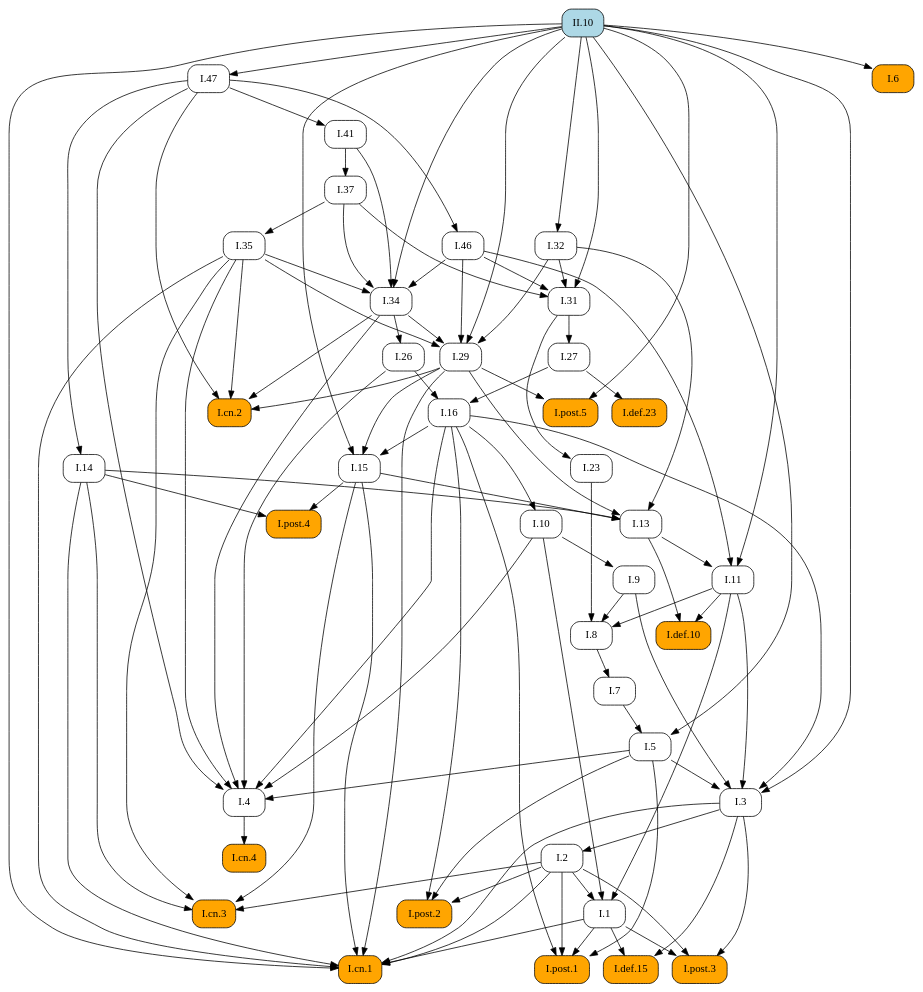
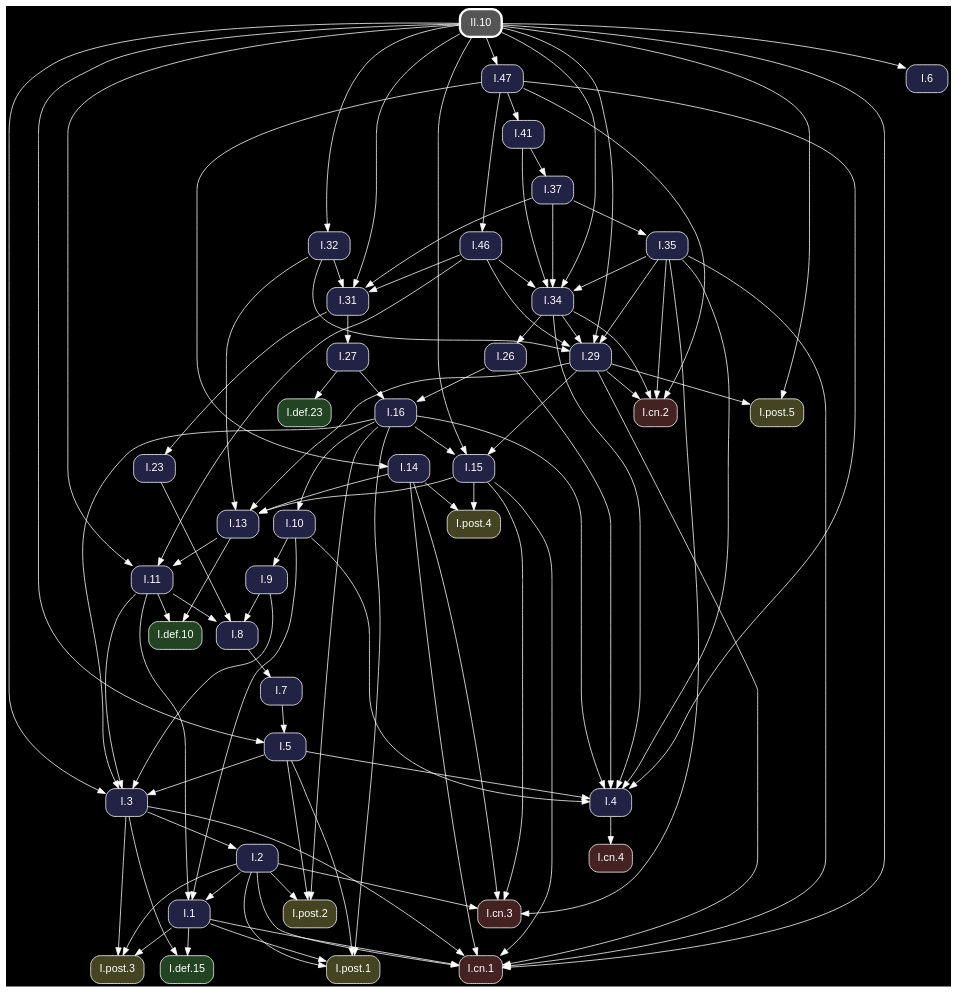
One commit to geometor/elements changed the diagram in docsrc/heath/II/10/index.rst. Above: the diagram before and after it, drawn with Graphviz. The commit also changed other lines of this file and 1200 other files, not shown here.

Commit message:
update dependency graphs

```diff
--- a/docsrc/heath/II/10/index.rst
+++ b/docsrc/heath/II/10/index.rst
@@ -120,80 +120,61 @@
 .. graphviz::
 
    digraph {
+     bgcolor="black";
+     node [shape=box, style="rounded,filled", fontname="Helvetica", color="white", fontcolor="white"];
+     edge [color="white", fontcolor="white"];
      rankdir="TB";
-     node [shape=box, style=rounded];
-     "I.23" [URL="/heath/I/23/", target="_top"];
-     "I.9" [URL="/heath/I/9/", target="_top"];
-     "I.32" [URL="/heath/I/32/", target="_top"];
-     "I.def.15" [style="rounded,filled", fillcolor=orange, URL="/heath/I/def.15/", target="_top"];
-     "I.47" [URL="/heath/I/47/", target="_top"];
-     "I.post.3" [style="rounded,filled", fillcolor=orange, URL="/heath/I/post.3/", target="_top"];
-     "I.post.1" [style="rounded,filled", fillcolor=orange, URL="/heath/I/post.1/", target="_top"];
-     "I.31" [URL="/heath/I/31/", target="_top"];
-     "I.def.10" [style="rounded,filled", fillcolor=orange, URL="/heath/I/def.10/", target="_top"];
-     "I.27" [URL="/heath/I/27/", target="_top"];
-     "I.14" [URL="/heath/I/14/", target="_top"];
-     "I.34" [URL="/heath/I/34/", target="_top"];
-     "I.3" [URL="/heath/I/3/", target="_top"];
-     "I.35" [URL="/heath/I/35/", target="_top"];
-     "I.cn.1" [style="rounded,filled", fillcolor=orange, URL="/heath/I/cn.1/", target="_top"];
-     "I.7" [URL="/heath/I/7/", target="_top"];
-     "I.2" [URL="/heath/I/2/", target="_top"];
-     "I.13" [URL="/heath/I/13/", target="_top"];
-     "I.post.4" [style="rounded,filled", fillcolor=orange, URL="/heath/I/post.4/", target="_top"];
-     "I.4" [URL="/heath/I/4/", target="_top"];
-     "I.1" [URL="/heath/I/1/", target="_top"];
-     "I.5" [URL="/heath/I/5/", target="_top"];
-     "II.10" [style="rounded,filled", fillcolor=lightblue, URL="/heath/II/10/", target="_top"];
-     "I.8" [URL="/heath/I/8/", target="_top"];
-     "I.37" [URL="/heath/I/37/", target="_top"];
-     "I.cn.3" [style="rounded,filled", fillcolor=orange, URL="/heath/I/cn.3/", target="_top"];
-     "I.29" [URL="/heath/I/29/", target="_top"];
-     "I.16" [URL="/heath/I/16/", target="_top"];
-     "I.15" [URL="/heath/I/15/", target="_top"];
-     "I.10" [URL="/heath/I/10/", target="_top"];
-     "I.11" [URL="/heath/I/11/", target="_top"];
-     "I.def.23" [style="rounded,filled", fillcolor=orange, URL="/heath/I/def.23/", target="_top"];
-     "I.cn.2" [style="rounded,filled", fillcolor=orange, URL="/heath/I/cn.2/", target="_top"];
-     "I.post.5" [style="rounded,filled", fillcolor=orange, URL="/heath/I/post.5/", target="_top"];
-     "I.cn.4" [style="rounded,filled", fillcolor=orange, URL="/heath/I/cn.4/", target="_top"];
-     "I.41" [URL="/heath/I/41/", target="_top"];
-     "I.post.2" [style="rounded,filled", fillcolor=orange, URL="/heath/I/post.2/", target="_top"];
-     "I.46" [URL="/heath/I/46/", target="_top"];
-     "I.26" [URL="/heath/I/26/", target="_top"];
-     "I.6" [style="rounded,filled", fillcolor=orange, URL="/heath/I/6/", target="_top"];
-     "I.31" -> "I.23";
-     "I.10" -> "I.9";
-     "II.10" -> "I.32";
-     "I.1" -> "I.def.15";
-     "I.3" -> "I.def.15";
-     "II.10" -> "I.47";
-     "I.1" -> "I.post.3";
-     "I.2" -> "I.post.3";
-     "I.3" -> "I.post.3";
-     "I.1" -> "I.post.1";
-     "I.2" -> "I.post.1";
-     "I.5" -> "I.post.1";
-     "I.16" -> "I.post.1";
+     "I.31" [fillcolor="#222244", URL="/heath/I/31/", target="_top"];
+     "I.6" [fillcolor="#222244", URL="/heath/I/6/", target="_top"];
+     "I.3" [fillcolor="#222244", URL="/heath/I/3/", target="_top"];
+     "I.32" [fillcolor="#222244", URL="/heath/I/32/", target="_top"];
+     "I.cn.1" [fillcolor="#442222", URL="/heath/I/cn.1/", target="_top"];
+     "I.def.10" [fillcolor="#224422", URL="/heath/I/def.10/", target="_top"];
+     "I.15" [fillcolor="#222244", URL="/heath/I/15/", target="_top"];
+     "I.13" [fillcolor="#222244", URL="/heath/I/13/", target="_top"];
+     "I.27" [fillcolor="#222244", URL="/heath/I/27/", target="_top"];
+     "I.2" [fillcolor="#222244", URL="/heath/I/2/", target="_top"];
+     "I.41" [fillcolor="#222244", URL="/heath/I/41/", target="_top"];
+     "I.cn.2" [fillcolor="#442222", URL="/heath/I/cn.2/", target="_top"];
+     "I.9" [fillcolor="#222244", URL="/heath/I/9/", target="_top"];
+     "I.1" [fillcolor="#222244", URL="/heath/I/1/", target="_top"];
+     "I.post.5" [fillcolor="#444422", URL="/heath/I/post.5/", target="_top"];
+     "I.post.4" [fillcolor="#444422", URL="/heath/I/post.4/", target="_top"];
+     "I.23" [fillcolor="#222244", URL="/heath/I/23/", target="_top"];
+     "II.10" [penwidth=3, color="white", fillcolor="#555555", URL="/heath/II/10/", target="_top"];
+     "I.26" [fillcolor="#222244", URL="/heath/I/26/", target="_top"];
+     "I.8" [fillcolor="#222244", URL="/heath/I/8/", target="_top"];
+     "I.4" [fillcolor="#222244", URL="/heath/I/4/", target="_top"];
+     "I.7" [fillcolor="#222244", URL="/heath/I/7/", target="_top"];
+     "I.5" [fillcolor="#222244", URL="/heath/I/5/", target="_top"];
+     "I.10" [fillcolor="#222244", URL="/heath/I/10/", target="_top"];
+     "I.46" [fillcolor="#222244", URL="/heath/I/46/", target="_top"];
+     "I.post.1" [fillcolor="#444422", URL="/heath/I/post.1/", target="_top"];
+     "I.11" [fillcolor="#222244", URL="/heath/I/11/", target="_top"];
+     "I.16" [fillcolor="#222244", URL="/heath/I/16/", target="_top"];
+     "I.37" [fillcolor="#222244", URL="/heath/I/37/", target="_top"];
+     "I.cn.3" [fillcolor="#442222", URL="/heath/I/cn.3/", target="_top"];
+     "I.29" [fillcolor="#222244", URL="/heath/I/29/", target="_top"];
+     "I.post.2" [fillcolor="#444422", URL="/heath/I/post.2/", target="_top"];
+     "I.cn.4" [fillcolor="#442222", URL="/heath/I/cn.4/", target="_top"];
+     "I.47" [fillcolor="#222244", URL="/heath/I/47/", target="_top"];
+     "I.14" [fillcolor="#222244", URL="/heath/I/14/", target="_top"];
+     "I.def.23" [fillcolor="#224422", URL="/heath/I/def.23/", target="_top"];
+     "I.35" [fillcolor="#222244", URL="/heath/I/35/", target="_top"];
+     "I.post.3" [fillcolor="#444422", URL="/heath/I/post.3/", target="_top"];
+     "I.34" [fillcolor="#222244", URL="/heath/I/34/", target="_top"];
+     "I.def.15" [fillcolor="#224422", URL="/heath/I/def.15/", target="_top"];
      "I.32" -> "I.31";
      "I.37" -> "I.31";
      "I.46" -> "I.31";
      "II.10" -> "I.31";
-     "I.11" -> "I.def.10";
-     "I.13" -> "I.def.10";
-     "I.31" -> "I.27";
-     "I.47" -> "I.14";
-     "I.35" -> "I.34";
-     "I.37" -> "I.34";
-     "I.41" -> "I.34";
-     "I.46" -> "I.34";
-     "II.10" -> "I.34";
+     "II.10" -> "I.6";
      "I.5" -> "I.3";
      "I.9" -> "I.3";
      "I.11" -> "I.3";
      "I.16" -> "I.3";
      "II.10" -> "I.3";
-     "I.37" -> "I.35";
+     "II.10" -> "I.32";
      "I.1" -> "I.cn.1";
      "I.2" -> "I.cn.1";
      "I.3" -> "I.cn.1";
@@ -202,14 +183,35 @@
      "I.29" -> "I.cn.1";
      "I.35" -> "I.cn.1";
      "II.10" -> "I.cn.1";
-     "I.8" -> "I.7";
-     "I.3" -> "I.2";
+     "I.11" -> "I.def.10";
+     "I.13" -> "I.def.10";
+     "I.16" -> "I.15";
+     "I.29" -> "I.15";
+     "II.10" -> "I.15";
      "I.14" -> "I.13";
      "I.15" -> "I.13";
      "I.29" -> "I.13";
      "I.32" -> "I.13";
+     "I.31" -> "I.27";
+     "I.3" -> "I.2";
+     "I.47" -> "I.41";
+     "I.29" -> "I.cn.2";
+     "I.34" -> "I.cn.2";
+     "I.35" -> "I.cn.2";
+     "I.47" -> "I.cn.2";
+     "I.10" -> "I.9";
+     "I.2" -> "I.1";
+     "I.10" -> "I.1";
+     "I.11" -> "I.1";
+     "I.29" -> "I.post.5";
+     "II.10" -> "I.post.5";
      "I.14" -> "I.post.4";
      "I.15" -> "I.post.4";
+     "I.31" -> "I.23";
+     "I.34" -> "I.26";
+     "I.9" -> "I.8";
+     "I.11" -> "I.8";
+     "I.23" -> "I.8";
      "I.5" -> "I.4";
      "I.10" -> "I.4";
      "I.16" -> "I.4";
@@ -217,14 +219,20 @@
      "I.34" -> "I.4";
      "I.35" -> "I.4";
      "I.47" -> "I.4";
-     "I.2" -> "I.1";
-     "I.10" -> "I.1";
-     "I.11" -> "I.1";
+     "I.8" -> "I.7";
      "I.7" -> "I.5";
      "II.10" -> "I.5";
-     "I.9" -> "I.8";
-     "I.11" -> "I.8";
-     "I.23" -> "I.8";
+     "I.16" -> "I.10";
+     "I.47" -> "I.46";
+     "I.1" -> "I.post.1";
+     "I.2" -> "I.post.1";
+     "I.5" -> "I.post.1";
+     "I.16" -> "I.post.1";
+     "I.13" -> "I.11";
+     "I.46" -> "I.11";
+     "II.10" -> "I.11";
+     "I.26" -> "I.16";
+     "I.27" -> "I.16";
      "I.41" -> "I.37";
      "I.2" -> "I.cn.3";
      "I.14" -> "I.cn.3";
@@ -235,28 +243,22 @@
      "I.35" -> "I.29";
      "I.46" -> "I.29";
      "II.10" -> "I.29";
-     "I.26" -> "I.16";
-     "I.27" -> "I.16";
-     "I.16" -> "I.15";
-     "I.29" -> "I.15";
-     "II.10" -> "I.15";
-     "I.16" -> "I.10";
-     "I.13" -> "I.11";
-     "I.46" -> "I.11";
-     "II.10" -> "I.11";
-     "I.27" -> "I.def.23";
-     "I.29" -> "I.cn.2";
-     "I.34" -> "I.cn.2";
-     "I.35" -> "I.cn.2";
-     "I.47" -> "I.cn.2";
-     "I.29" -> "I.post.5";
-     "II.10" -> "I.post.5";
-     "I.4" -> "I.cn.4";
-     "I.47" -> "I.41";
      "I.2" -> "I.post.2";
      "I.5" -> "I.post.2";
      "I.16" -> "I.post.2";
-     "I.47" -> "I.46";
-     "I.34" -> "I.26";
-     "II.10" -> "I.6";
+     "I.4" -> "I.cn.4";
+     "II.10" -> "I.47";
+     "I.47" -> "I.14";
+     "I.27" -> "I.def.23";
+     "I.37" -> "I.35";
+     "I.1" -> "I.post.3";
+     "I.2" -> "I.post.3";
+     "I.3" -> "I.post.3";
+     "I.35" -> "I.34";
+     "I.37" -> "I.34";
+     "I.41" -> "I.34";
+     "I.46" -> "I.34";
+     "II.10" -> "I.34";
+     "I.1" -> "I.def.15";
+     "I.3" -> "I.def.15";
    }
```
